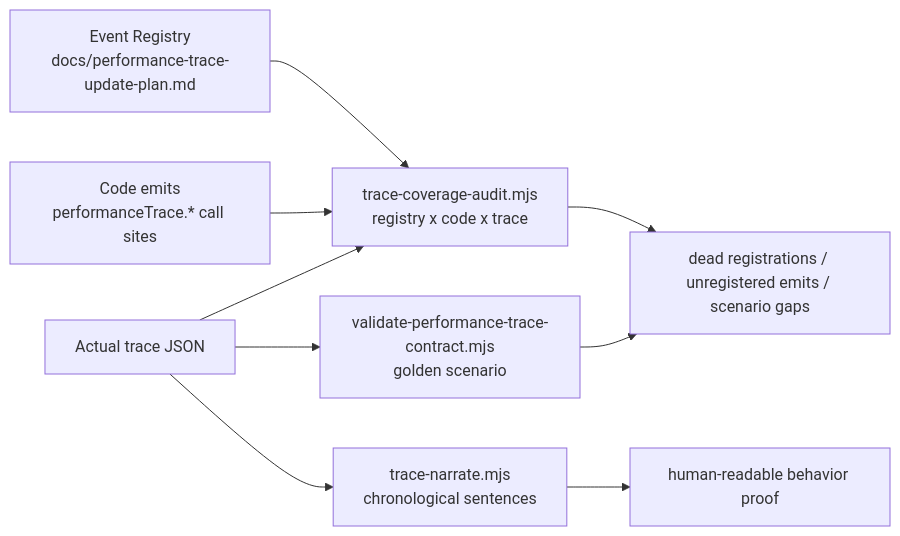
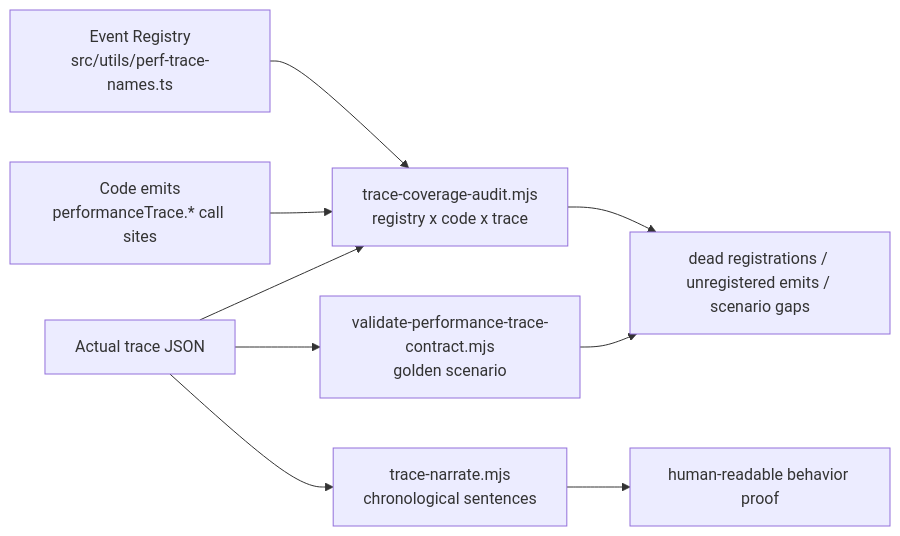
Before and after one commit to shadowwingz/Onward-Agent-Workbench: diagram 12 of 12 in docs/performance-trace-mermaid.md, drawn with Mermaid. The commit also changed other lines of this file and 359 other files, not shown here.

````diff
--- a/docs/performance-trace-mermaid.md
+++ b/docs/performance-trace-mermaid.md
@@ -464,18 +464,18 @@
 ```mermaid
 flowchart LR
-  registry["Event Registry<br/>docs/performance-trace-update-plan.md"]
+  registry["Event Registry<br/>src/utils/perf-trace-names.ts"]
   code["Code emits<br/>performanceTrace.* call sites"]
   trace["Actual trace JSON"]
   audit["trace-coverage-audit.mjs<br/>registry x code x trace"]
   contract["validate-performance-trace-contract.mjs<br/>golden scenario"]
   narrative["trace-narrate.mjs<br/>chronological sentences"]
 
   registry --> audit
   code --> audit
   trace --> audit
   trace --> contract
   trace --> narrative
   audit --> verdict["dead registrations / unregistered emits / scenario gaps"]
   contract --> verdict
   narrative --> human["human-readable behavior proof"]
 ```
````
